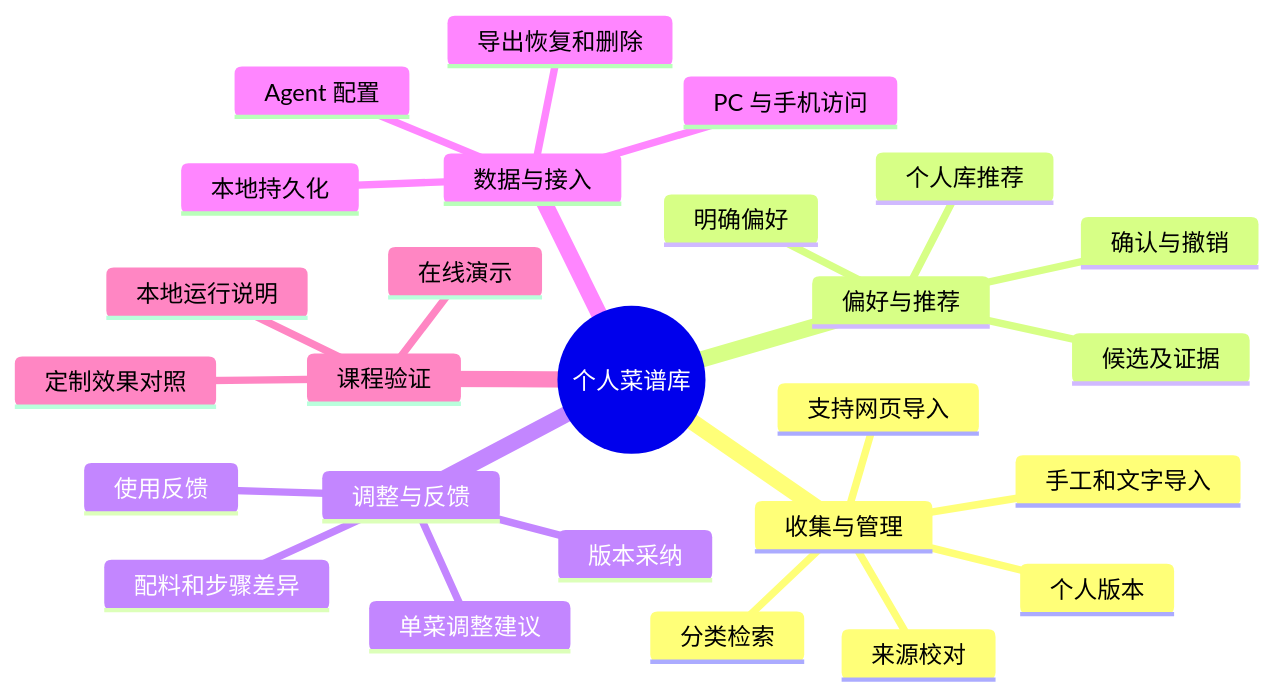
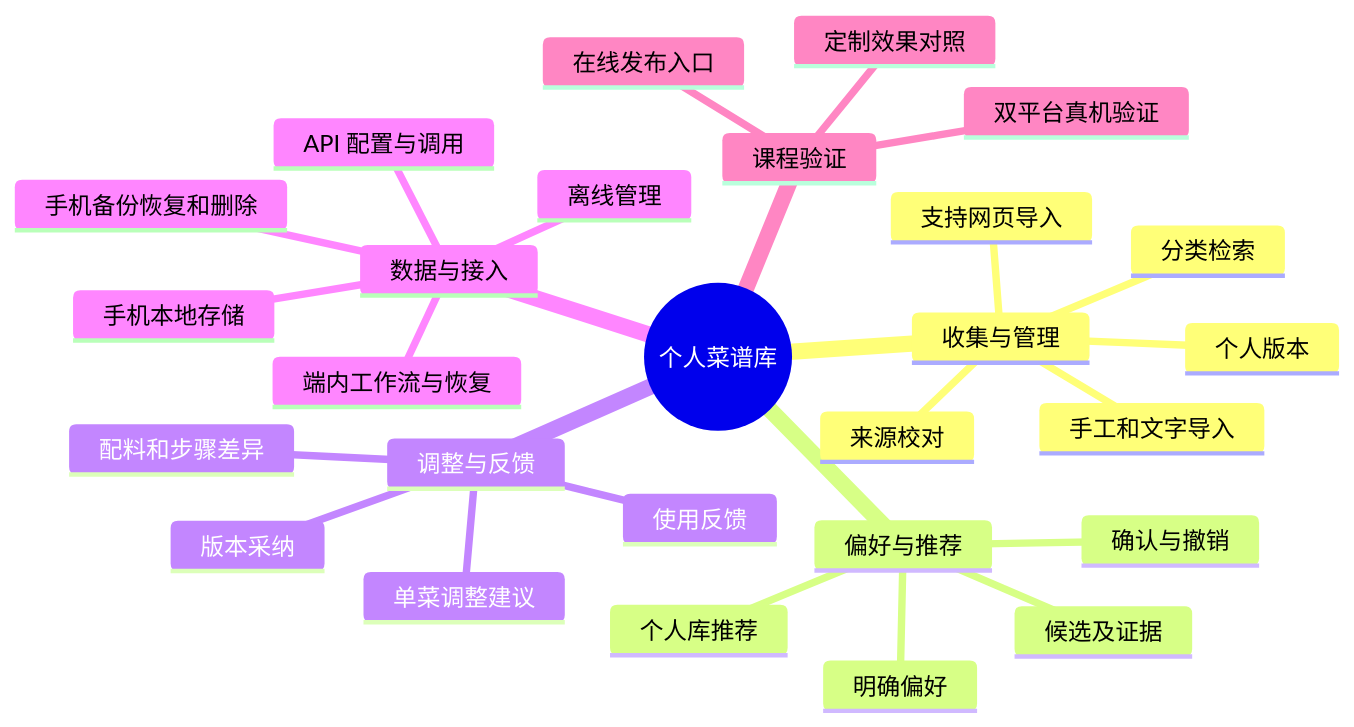
One commit to 155TuT/2601-fzu-SoftwareEngineering-YuezhongWu changed the first of 3 diagrams in homework/team/task5/ans/prd.md. Above: the diagram before and after it, drawn with Mermaid. The commit also changed other lines of this file, not shown here.

````diff
--- a/homework/team/task5/ans/prd.md
+++ b/homework/team/task5/ans/prd.md
@@ -122,29 +123,30 @@
 ```mermaid
 mindmap
   root((个人菜谱库))
     收集与管理
       手工和文字导入
       支持网页导入
       来源校对
       分类检索
       个人版本
     偏好与推荐
       明确偏好
       候选及证据
       确认与撤销
       个人库推荐
     调整与反馈
       单菜调整建议
       配料和步骤差异
       版本采纳
       使用反馈
     数据与接入
-      本地持久化
-      Agent 配置
-      PC 与手机访问
-      导出恢复和删除
+      手机本地存储
+      API 配置与调用
+      端内工作流与恢复
+      离线管理
+      手机备份恢复和删除
     课程验证
-      在线演示
-      本地运行说明
+      在线发布入口
+      双平台真机验证
       定制效果对照
 ```
````
